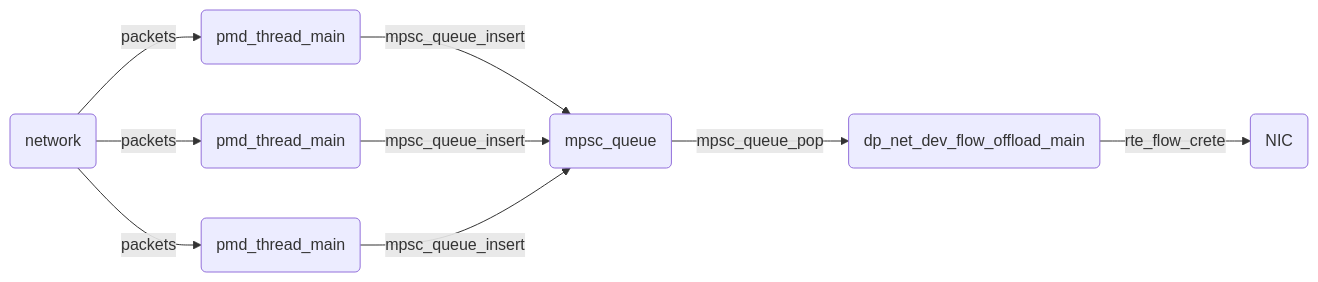
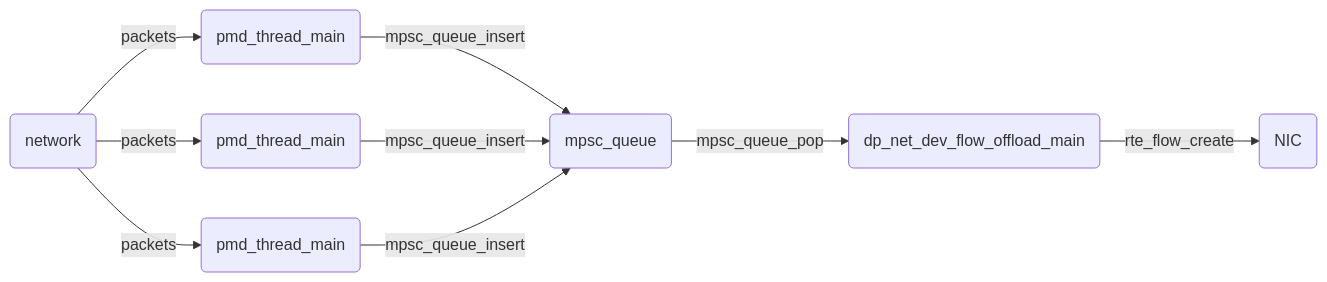
One commit to tongyishu/note changed the second of 2 diagrams in network/ovs浅析.md. Above: the diagram before and after it, drawn with Mermaid. The commit also changed other lines of this file and 1 other file, not shown here.

````diff
--- a/network/ovs浅析.md
+++ b/network/ovs浅析.md
@@ -136,11 +136,11 @@
 ```mermaid
 flowchart LR
     id0(network)                      --packets-->           id1(pmd_thread_main)
     id0(network)                      --packets-->           id2(pmd_thread_main)
     id0(network)                      --packets-->           id3(pmd_thread_main)
     id1(pmd_thread_main)              --mpsc_queue_insert--> id4(mpsc_queue)
     id2(pmd_thread_main)              --mpsc_queue_insert--> id4(mpsc_queue)
     id3(pmd_thread_main)              --mpsc_queue_insert--> id4(mpsc_queue)
     id4(mpsc_queue)                   --mpsc_queue_pop-->    id5(dp_net_dev_flow_offload_main)
-    id5(dp_net_dev_flow_offload_main) --rte_flow_crete-->    id6(NIC)
+    id5(dp_net_dev_flow_offload_main) --rte_flow_create-->   id6(NIC)
 ```
````
